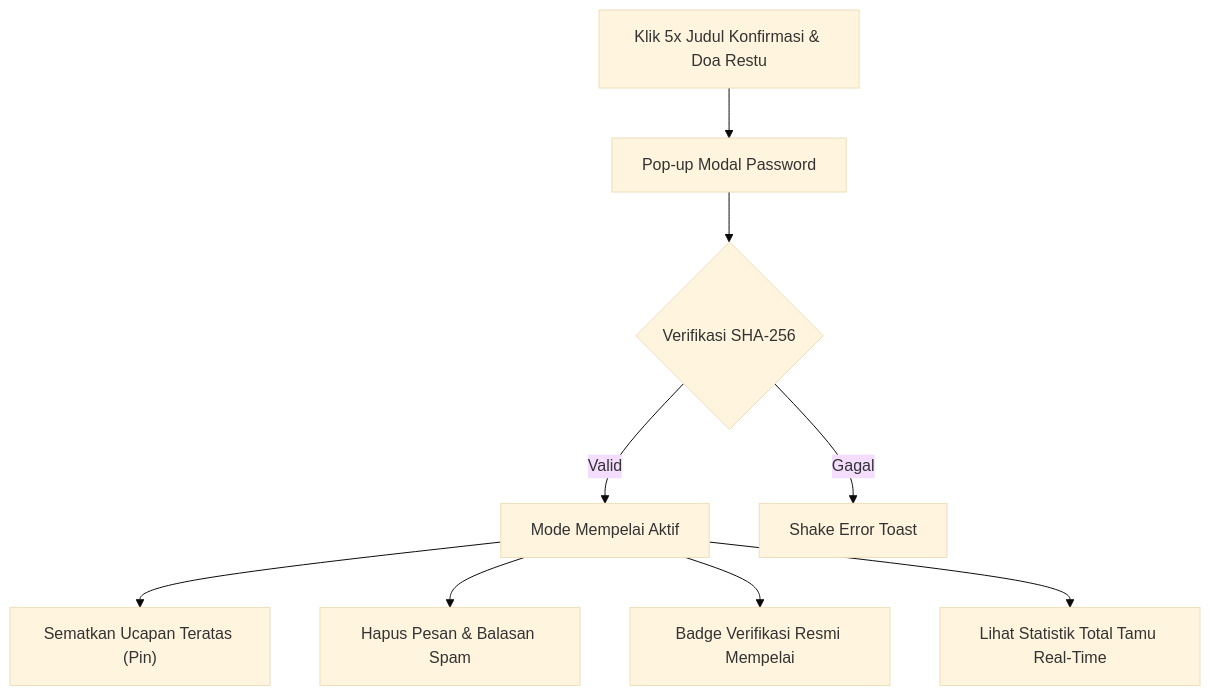
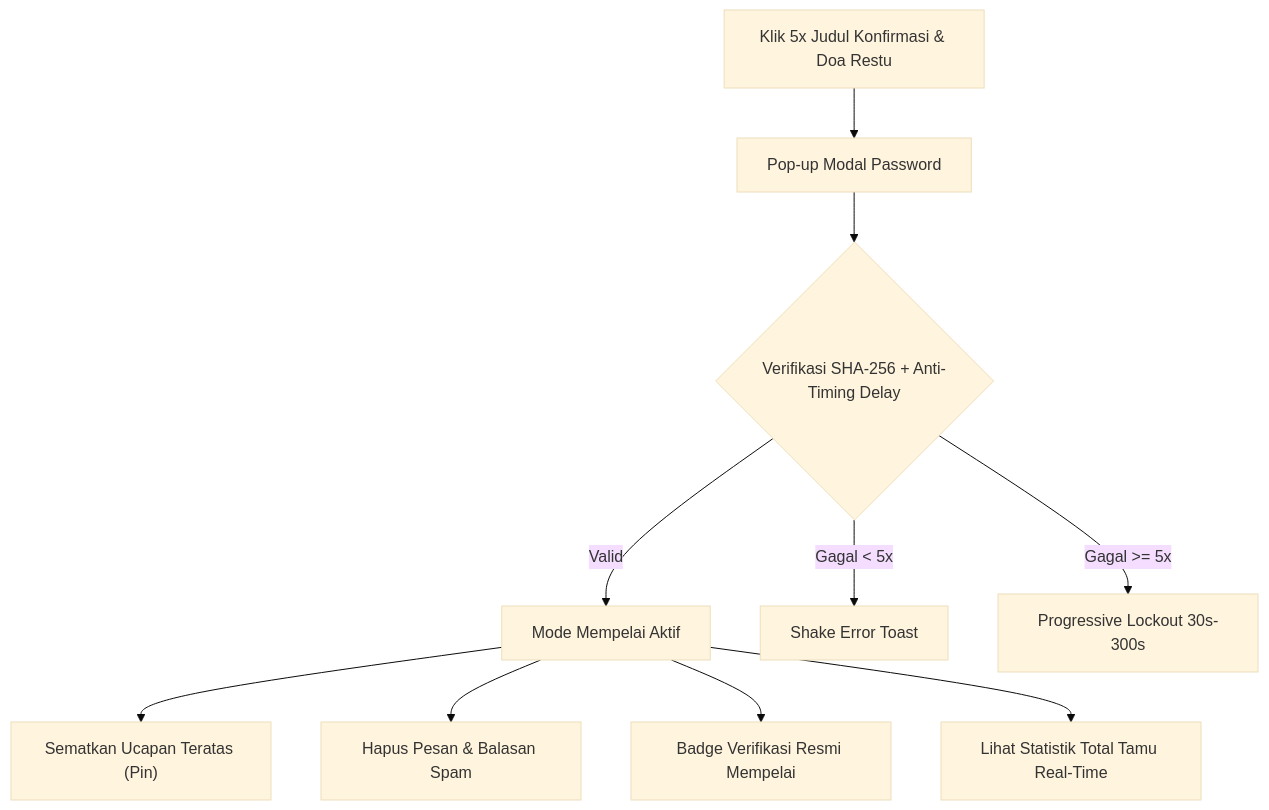
Before and after one commit to winanda150/pawiwahan-theme-1: the diagram in README.md, drawn with Mermaid (base theme). The commit also changed other lines of this file, not shown here.

````diff
--- a/README.md
+++ b/README.md
@@ -101,11 +102,12 @@
 ```mermaid
 flowchart TD
     A["Klik 5x Judul Konfirmasi & Doa Restu"] --> B["Pop-up Modal Password"]
-    B --> C{"Verifikasi SHA-256"}
+    B --> C{"Verifikasi SHA-256 + Anti-Timing Delay"}
     C -->|Valid| D["Mode Mempelai Aktif"]
-    C -->|Gagal| E["Shake Error Toast"]
-    D --> F["Sematkan Ucapan Teratas (Pin)"]
-    D --> G["Hapus Pesan & Balasan Spam"]
-    D --> H["Badge Verifikasi Resmi Mempelai"]
-    D --> I["Lihat Statistik Total Tamu Real-Time"]
+    C -->|Gagal < 5x| E["Shake Error Toast"]
+    C -->|Gagal >= 5x| F["Progressive Lockout 30s-300s"]
+    D --> G["Sematkan Ucapan Teratas (Pin)"]
+    D --> H["Hapus Pesan & Balasan Spam"]
+    D --> I["Badge Verifikasi Resmi Mempelai"]
+    D --> J["Lihat Statistik Total Tamu Real-Time"]
 ```
````
